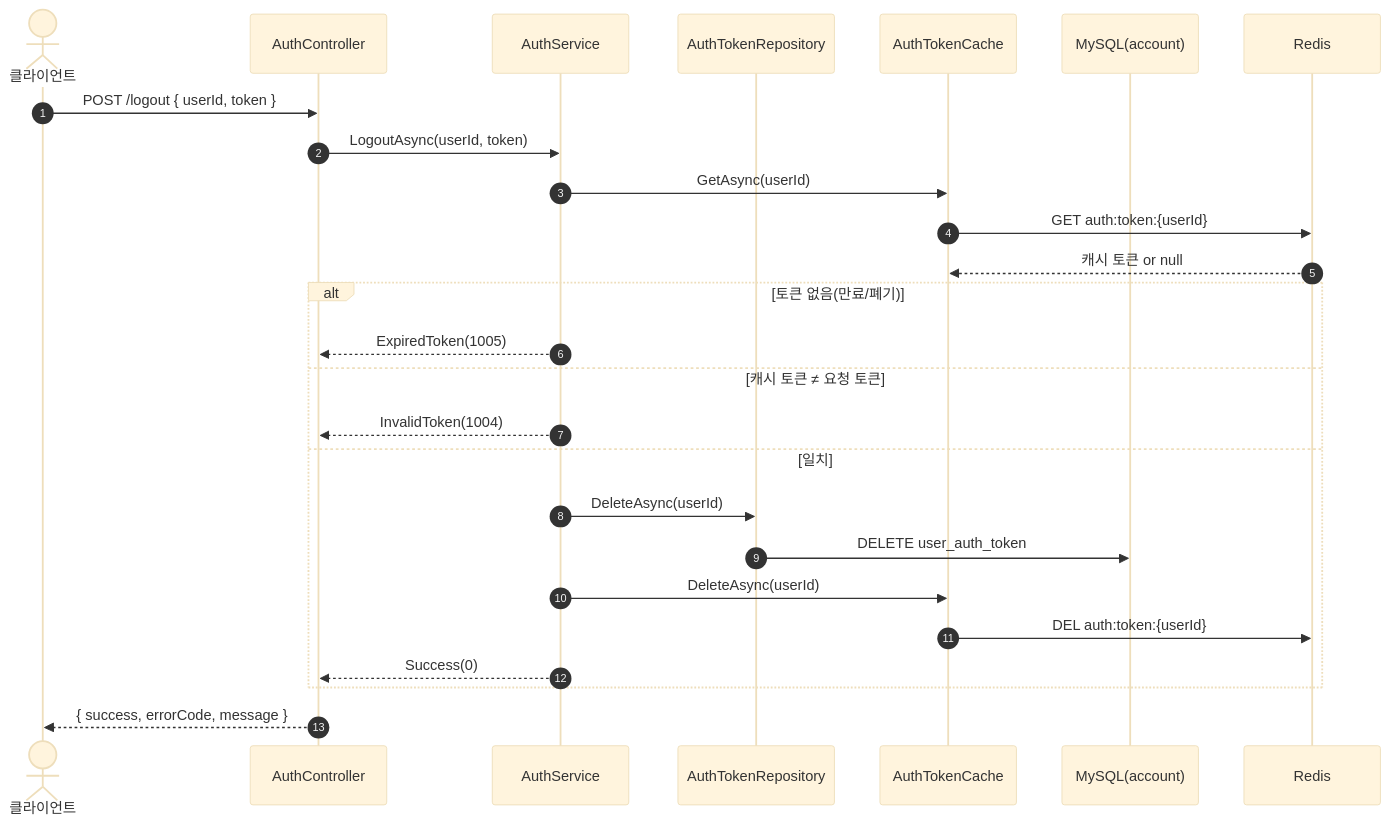
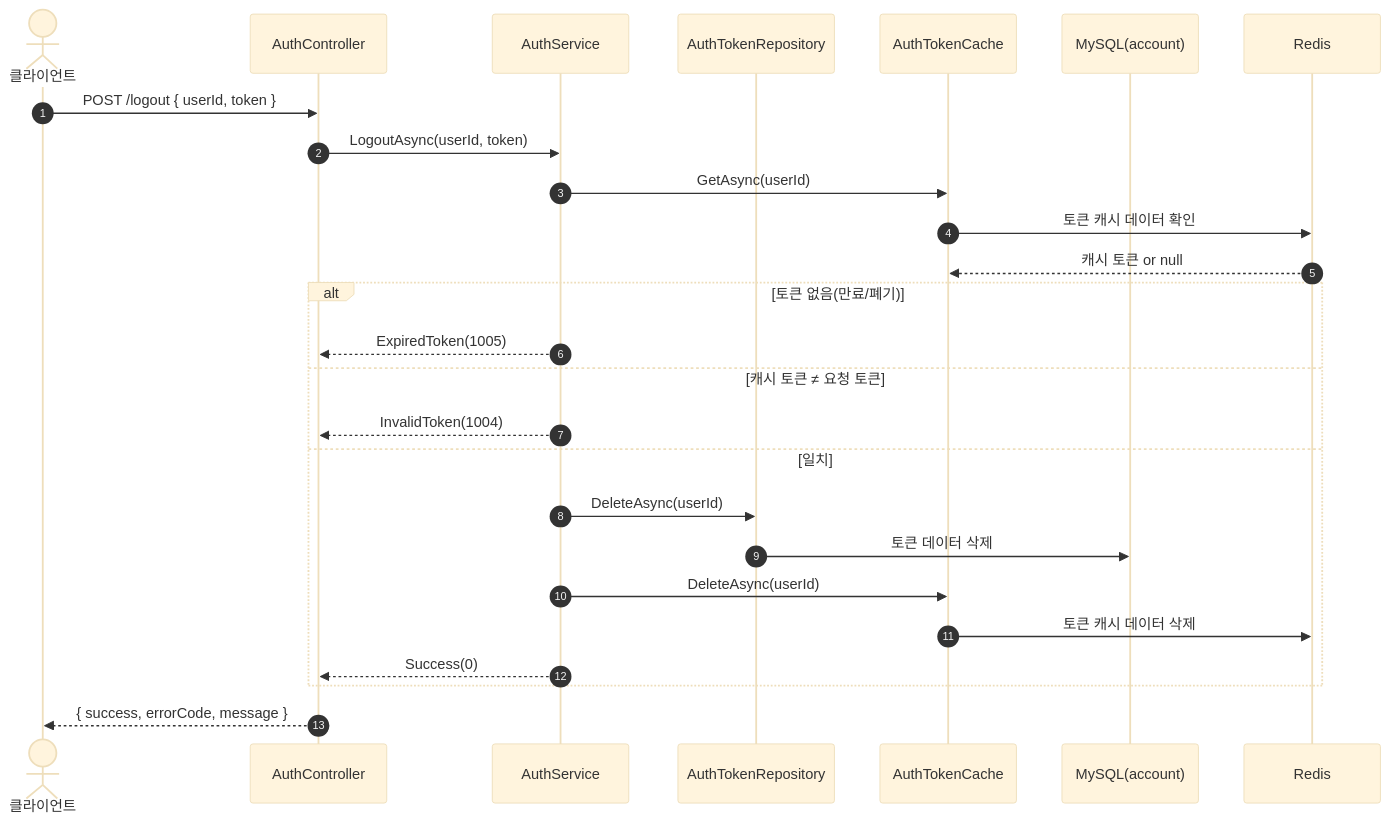
One commit to ks-wook/com2us-taskbar-hero changed the third of 3 diagrams in SequenceDiagram/AuthController.md. Above: the diagram before and after it, drawn with Mermaid (base theme). The commit also changed other lines of this file and 7 other files, not shown here.

Commit message:
시퀀스 다이어그램 수정

````diff
--- a/SequenceDiagram/AuthController.md
+++ b/SequenceDiagram/AuthController.md
@@ -83,29 +83,29 @@
 ```mermaid
 sequenceDiagram
     autonumber
     actor C as 클라이언트
     participant Ctrl as AuthController
     participant Svc as AuthService
     participant TRepo as AuthTokenRepository
     participant Cache as AuthTokenCache
     participant DB as MySQL(account)
     participant Redis as Redis
 
     C->>Ctrl: POST /logout { userId, token }
     Ctrl->>Svc: LogoutAsync(userId, token)
     Svc->>Cache: GetAsync(userId)
-    Cache->>Redis: GET auth:token:{userId}
+    Cache->>Redis: 토큰 캐시 데이터 확인
     Redis-->>Cache: 캐시 토큰 or null
     alt 토큰 없음(만료/폐기)
         Svc-->>Ctrl: ExpiredToken(1005)
     else 캐시 토큰 ≠ 요청 토큰
         Svc-->>Ctrl: InvalidToken(1004)
     else 일치
         Svc->>TRepo: DeleteAsync(userId)
-        TRepo->>DB: DELETE user_auth_token
+        TRepo->>DB: 토큰 데이터 삭제
         Svc->>Cache: DeleteAsync(userId)
-        Cache->>Redis: DEL auth:token:{userId}
+        Cache->>Redis: 토큰 캐시 데이터 삭제
         Svc-->>Ctrl: Success(0)
     end
     Ctrl-->>C: { success, errorCode, message }
 ```
````
